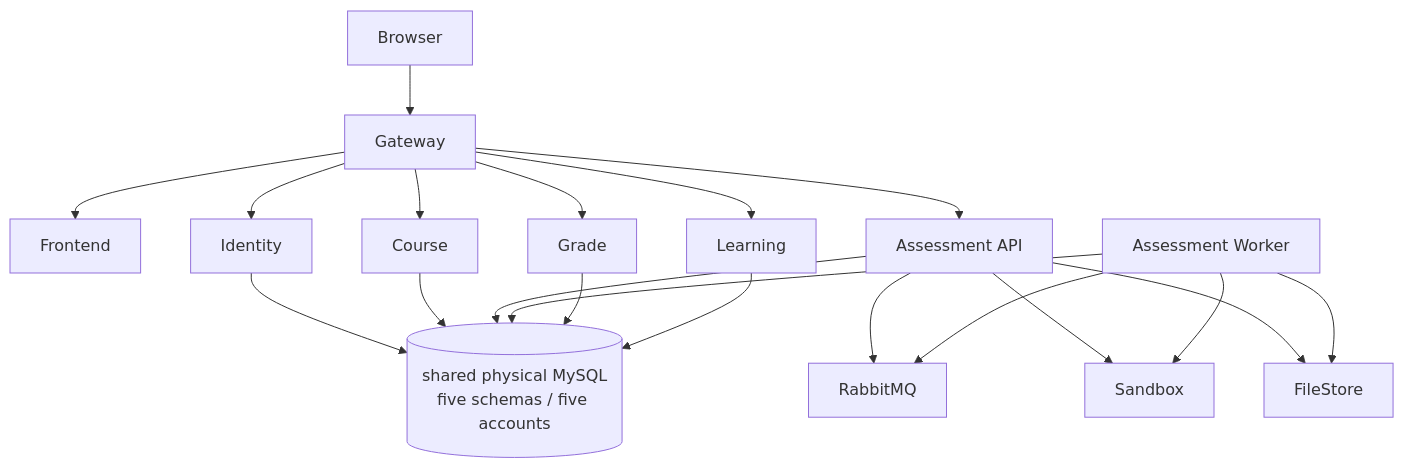
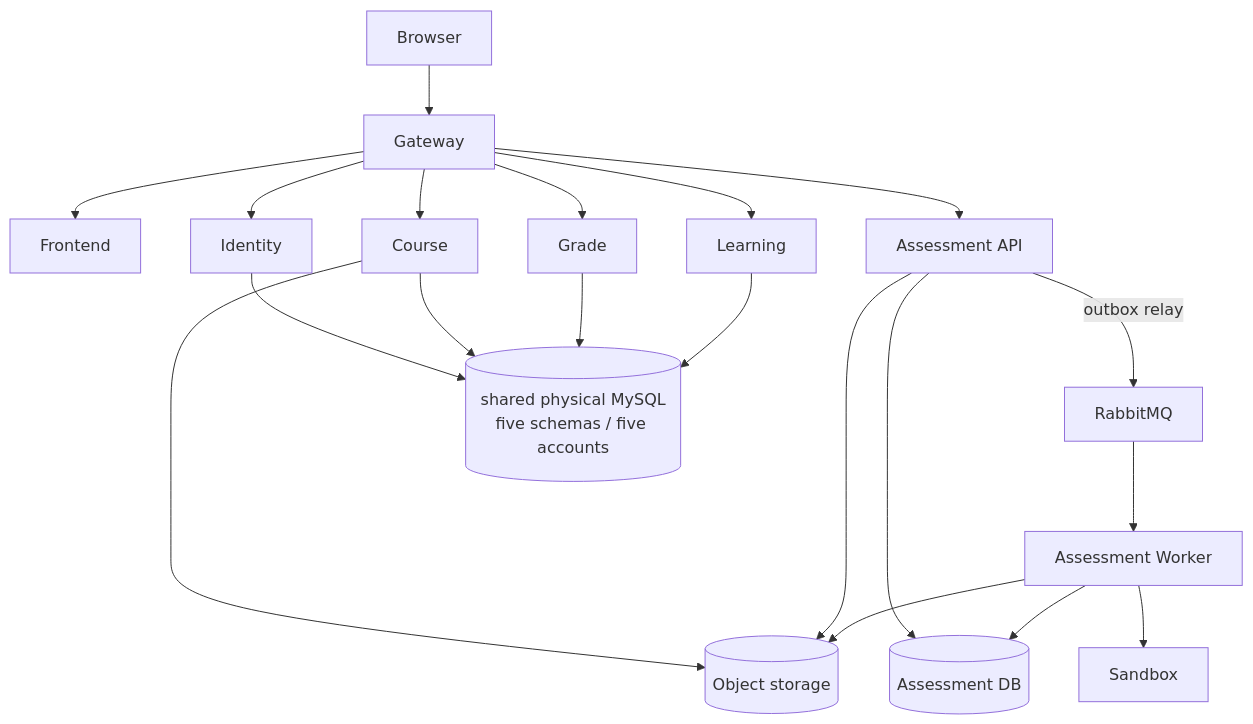
The diagram in docs/diagrams/arch/issue305-five-service-deployment.mmd (Cr4zyorange/OnlineJudge), drawn with Mermaid before and after one commit. The commit also changed 26 other files, not shown here.

```diff
--- a/docs/diagrams/arch/issue305-five-service-deployment.mmd
+++ b/docs/diagrams/arch/issue305-five-service-deployment.mmd
@@ -1,19 +1,20 @@
 flowchart TB
-  Browser --> Gateway --> Frontend
+  Browser --> Gateway
+  Gateway --> Frontend
   Gateway --> Identity
   Gateway --> Course
   Gateway --> AssessmentAPI[Assessment API]
   Gateway --> Grade
   Gateway --> Learning
-  AssessmentAPI --> RabbitMQ
-  AssessmentWorker[Assessment Worker] --> RabbitMQ
-  AssessmentAPI --> Sandbox
+  AssessmentAPI --> AssessmentDB[(Assessment DB)]
+  AssessmentAPI -->|outbox relay| RabbitMQ
+  RabbitMQ --> AssessmentWorker[Assessment Worker]
+  AssessmentWorker --> AssessmentDB
   AssessmentWorker --> Sandbox
   Identity --> MySQL[(shared physical MySQL\nfive schemas / five accounts)]
   Course --> MySQL
-  AssessmentAPI --> MySQL
-  AssessmentWorker --> MySQL
   Grade --> MySQL
   Learning --> MySQL
-  AssessmentAPI --> FileStore
-  AssessmentWorker --> FileStore
+  Course --> ObjectStore[(Object storage)]
+  AssessmentAPI --> ObjectStore
+  AssessmentWorker --> ObjectStore
```
